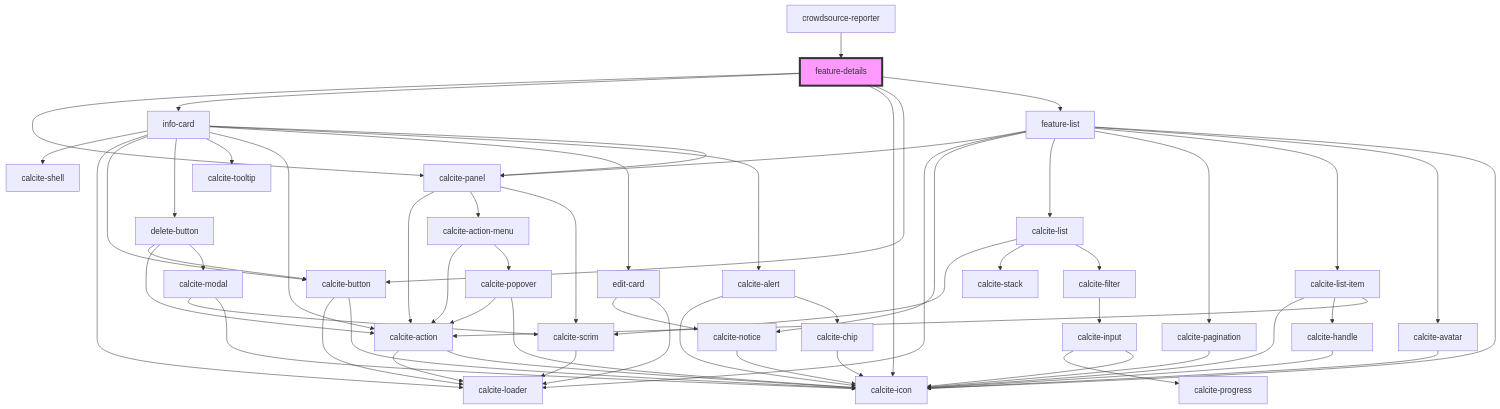
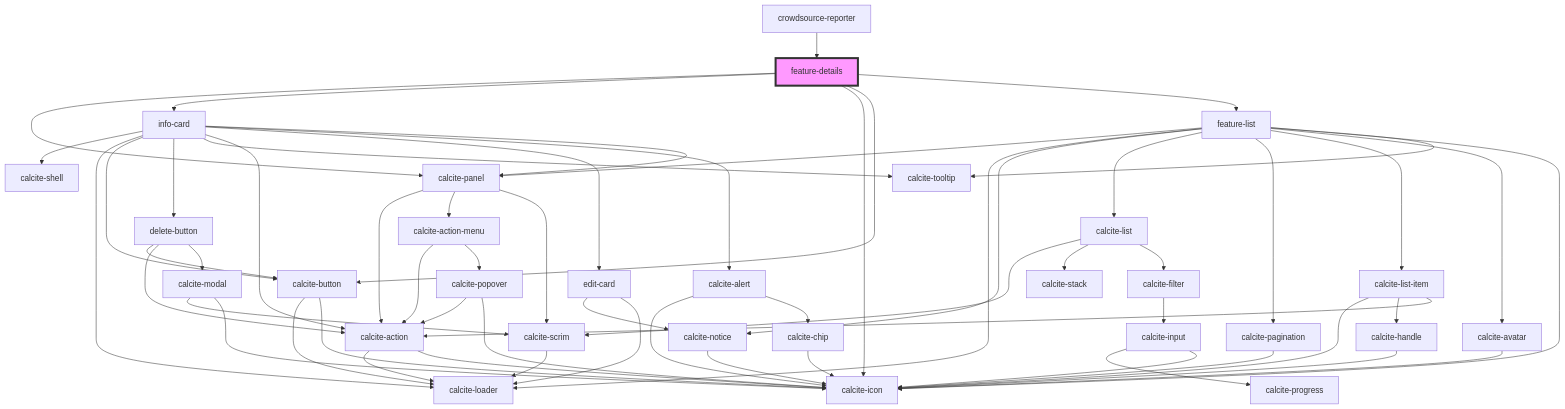
One commit to Esri/solutions-components changed the diagram in src/components/feature-details/readme.md. Above: the diagram before and after it, drawn with Mermaid. The commit also changed 7 other files, not shown here.

````diff
--- a/src/components/feature-details/readme.md
+++ b/src/components/feature-details/readme.md
@@ -92,62 +92,63 @@
 ```mermaid
 graph TD;
   feature-details --> calcite-panel
   feature-details --> info-card
   feature-details --> calcite-icon
   feature-details --> calcite-button
   feature-details --> feature-list
   calcite-panel --> calcite-action
   calcite-panel --> calcite-action-menu
   calcite-panel --> calcite-scrim
   calcite-action --> calcite-loader
   calcite-action --> calcite-icon
   calcite-action-menu --> calcite-action
   calcite-action-menu --> calcite-popover
   calcite-popover --> calcite-action
   calcite-popover --> calcite-icon
   calcite-scrim --> calcite-loader
   info-card --> calcite-shell
   info-card --> calcite-loader
   info-card --> calcite-button
   info-card --> delete-button
   info-card --> calcite-tooltip
   info-card --> calcite-action
   info-card --> edit-card
   info-card --> calcite-alert
   info-card --> calcite-panel
   calcite-button --> calcite-loader
   calcite-button --> calcite-icon
   delete-button --> calcite-button
   delete-button --> calcite-action
   delete-button --> calcite-modal
   calcite-modal --> calcite-scrim
   calcite-modal --> calcite-icon
   edit-card --> calcite-notice
   edit-card --> calcite-loader
   calcite-notice --> calcite-icon
   calcite-alert --> calcite-icon
   calcite-alert --> calcite-chip
   calcite-chip --> calcite-icon
   feature-list --> calcite-panel
   feature-list --> calcite-loader
   feature-list --> calcite-notice
   feature-list --> calcite-list
   feature-list --> calcite-pagination
   feature-list --> calcite-list-item
   feature-list --> calcite-avatar
   feature-list --> calcite-icon
+  feature-list --> calcite-tooltip
   calcite-list --> calcite-scrim
   calcite-list --> calcite-stack
   calcite-list --> calcite-filter
   calcite-filter --> calcite-input
   calcite-input --> calcite-progress
   calcite-input --> calcite-icon
   calcite-pagination --> calcite-icon
   calcite-list-item --> calcite-icon
   calcite-list-item --> calcite-handle
   calcite-list-item --> calcite-action
   calcite-handle --> calcite-icon
   calcite-avatar --> calcite-icon
   crowdsource-reporter --> feature-details
   style feature-details fill:#f9f,stroke:#333,stroke-width:4px
 ```
````
